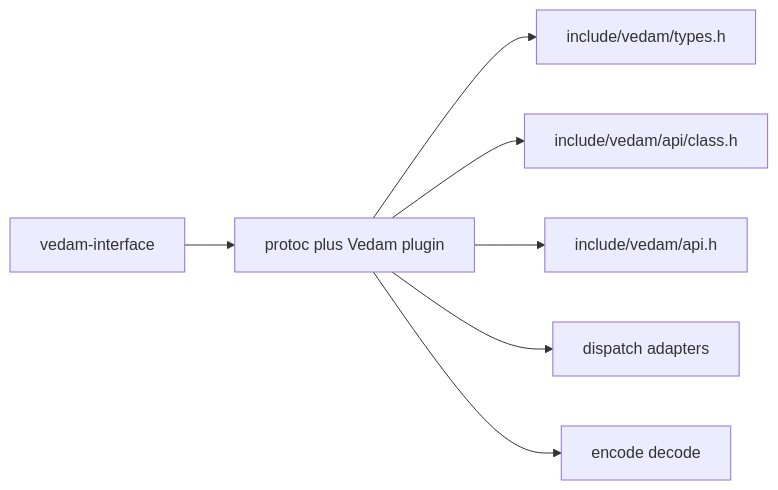
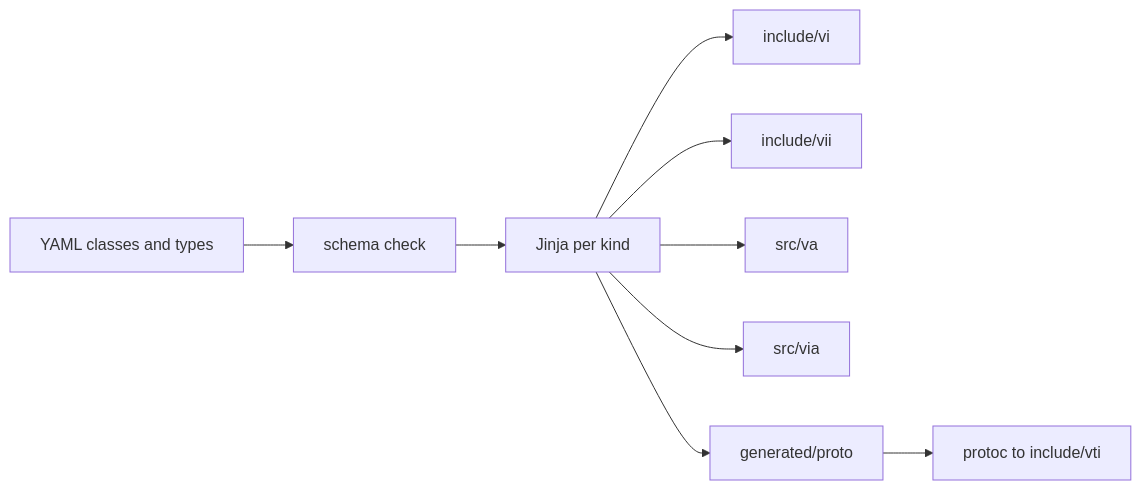
One commit to ltbhappyness/docs changed the diagram in chapters/interfaces/proto-codegen.md. Above: the diagram before and after it, drawn with Mermaid. The commit also changed other lines of this file and 9 other files, not shown here.

Commit message:
Expand Part II/III for System slice and call layers     - Detail VI to VLIB layering in introduction and HLA     - Rewrite codegen chapter for YAML Jinja and get verbs     - Specify System types attributes verbs and layer walk     - Align transport engineering and open questions with code

````diff
--- a/chapters/interfaces/proto-codegen.md
+++ b/chapters/interfaces/proto-codegen.md
@@ -39,9 +52,11 @@
 ```mermaid
 flowchart LR
-  P[vedam-interface] --> T[protoc plus Vedam plugin]
-  T --> TH[include/vedam/types.h]
-  T --> CH[include/vedam/api/class.h]
-  T --> UH[include/vedam/api.h]
-  T --> AD[dispatch adapters]
-  T --> CO[encode decode]
+  Y[YAML classes and types] --> S[schema check]
+  S --> J[Jinja per kind]
+  J --> VI[include/vi]
+  J --> VII[include/vii]
+  J --> VA[src/va]
+  J --> VIA[src/via]
+  J --> P[generated/proto]
+  P --> PB[protoc to include/vti]
 ```
````
